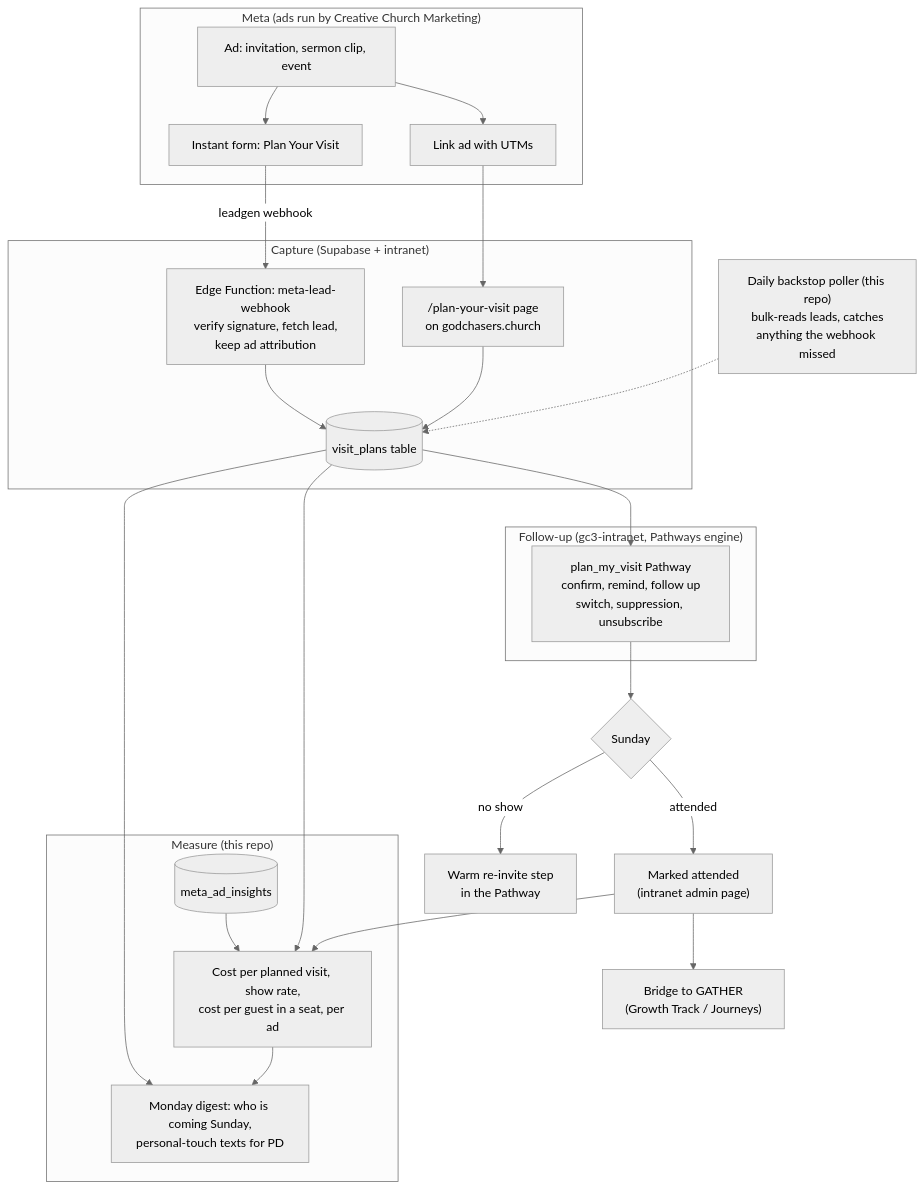
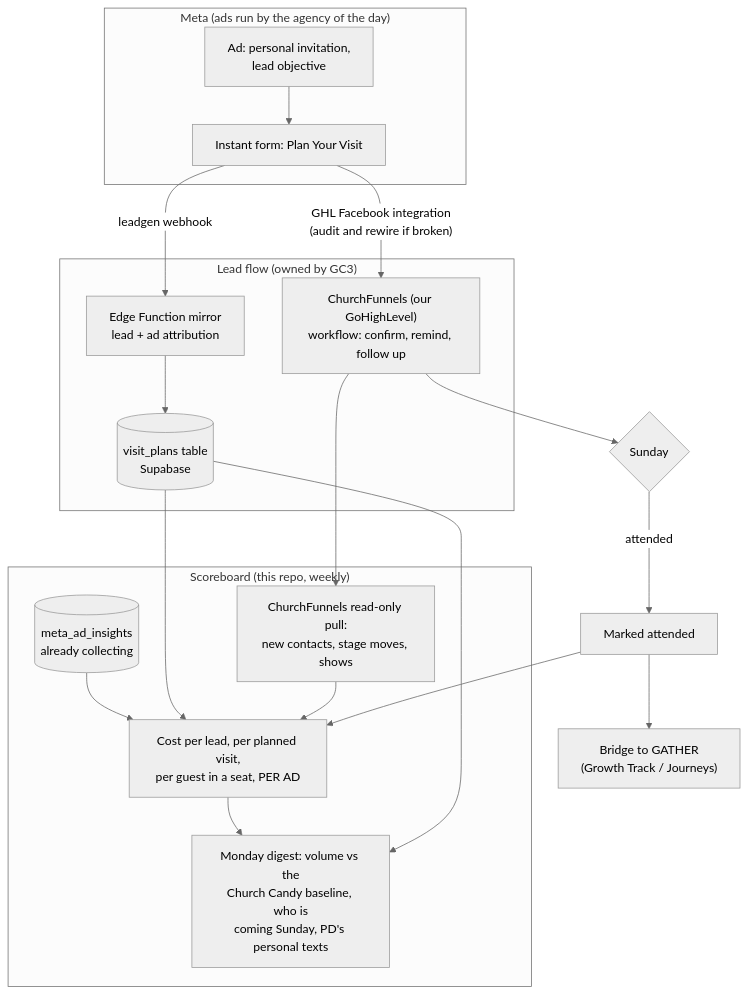
The diagram in docs/visit-module-plan.md (dontebee/gc3-sermon-library), drawn with Mermaid (neutral theme) before and after one commit. The commit also changed other lines of this file, not shown here.

First line of the commit message:
Reframe the visit module plan: the funnel is ours, the gap is volume

````diff
--- a/docs/visit-module-plan.md
+++ b/docs/visit-module-plan.md
@@ -45,43 +87,34 @@
 ```mermaid
 flowchart TD
-    subgraph META ["Meta (ads run by Creative Church Marketing)"]
-        A["Ad: invitation, sermon clip, event"]
+    subgraph META ["Meta (ads run by the agency of the day)"]
+        A["Ad: personal invitation,<br/>lead objective"]
         B["Instant form: Plan Your Visit"]
-        C["Link ad with UTMs"]
         A --> B
-        A --> C
     end
 
-    subgraph CAPTURE ["Capture (Supabase + intranet)"]
-        D["Edge Function: meta-lead-webhook<br/>verify signature, fetch lead,<br/>keep ad attribution"]
-        E["/plan-your-visit page<br/>on godchasers.church"]
-        F[("visit_plans table")]
+    subgraph FLOW ["Lead flow (owned by GC3)"]
+        C["ChurchFunnels (our GoHighLevel)<br/>workflow: confirm, remind, follow up"]
+        D["Edge Function mirror<br/>lead + ad attribution"]
+        E[("visit_plans table<br/>Supabase")]
+        B -- "GHL Facebook integration<br/>(audit and rewire if broken)" --> C
         B -- "leadgen webhook" --> D
-        C --> E
-        D --> F
-        E --> F
+        D --> E
     end
 
-    G["Daily backstop poller (this repo)<br/>bulk-reads leads, catches<br/>anything the webhook missed"] -.-> F
-
-    subgraph FOLLOWUP ["Follow-up (gc3-intranet, Pathways engine)"]
-        H["plan_my_visit Pathway<br/>confirm, remind, follow up<br/>switch, suppression, unsubscribe"]
-    end
-    F --> H
-
-    subgraph MEASURE ["Measure (this repo)"]
-        I[("meta_ad_insights")]
-        J["Cost per planned visit, show rate,<br/>cost per guest in a seat, per ad"]
-        K["Monday digest: who is coming Sunday,<br/>personal-touch texts for PD"]
-        I --> J
-        F --> J
-        F --> K
-        J --> K
+    subgraph MEASURE ["Scoreboard (this repo, weekly)"]
+        F[("meta_ad_insights<br/>already collecting")]
+        G["ChurchFunnels read-only pull:<br/>new contacts, stage moves, shows"]
+        H["Cost per lead, per planned visit,<br/>per guest in a seat, PER AD"]
+        I["Monday digest: volume vs the<br/>Church Candy baseline, who is<br/>coming Sunday, PD's personal texts"]
+        F --> H
+        E --> H
+        C --> G
+        G --> H
+        H --> I
+        E --> I
     end
 
-    H --> L{"Sunday"}
-    L -- "attended" --> M["Marked attended<br/>(intranet admin page)"]
-    L -- "no show" --> N["Warm re-invite step<br/>in the Pathway"]
-    M --> O["Bridge to GATHER<br/>(Growth Track / Journeys)"]
-    M --> J
+    C --> J{"Sunday"}
+    J -- "attended" --> K["Marked attended"] --> L["Bridge to GATHER<br/>(Growth Track / Journeys)"]
+    K --> H
 ```
````
